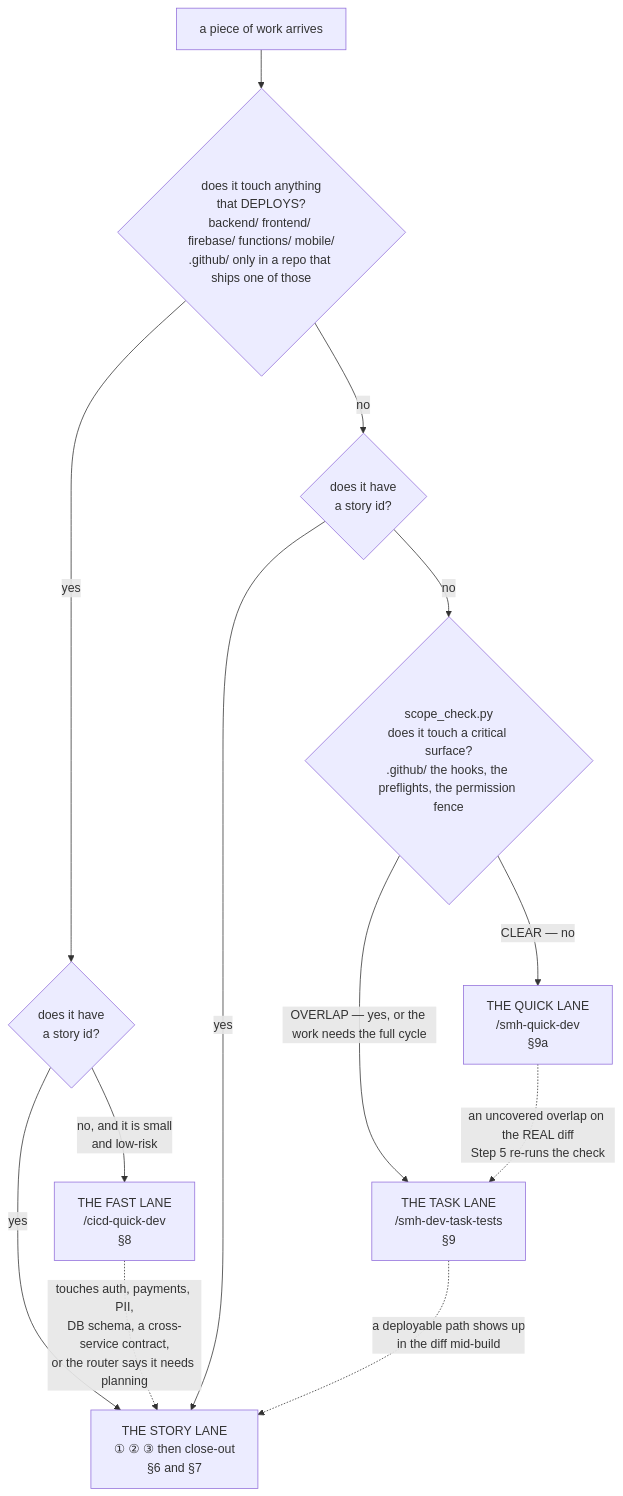
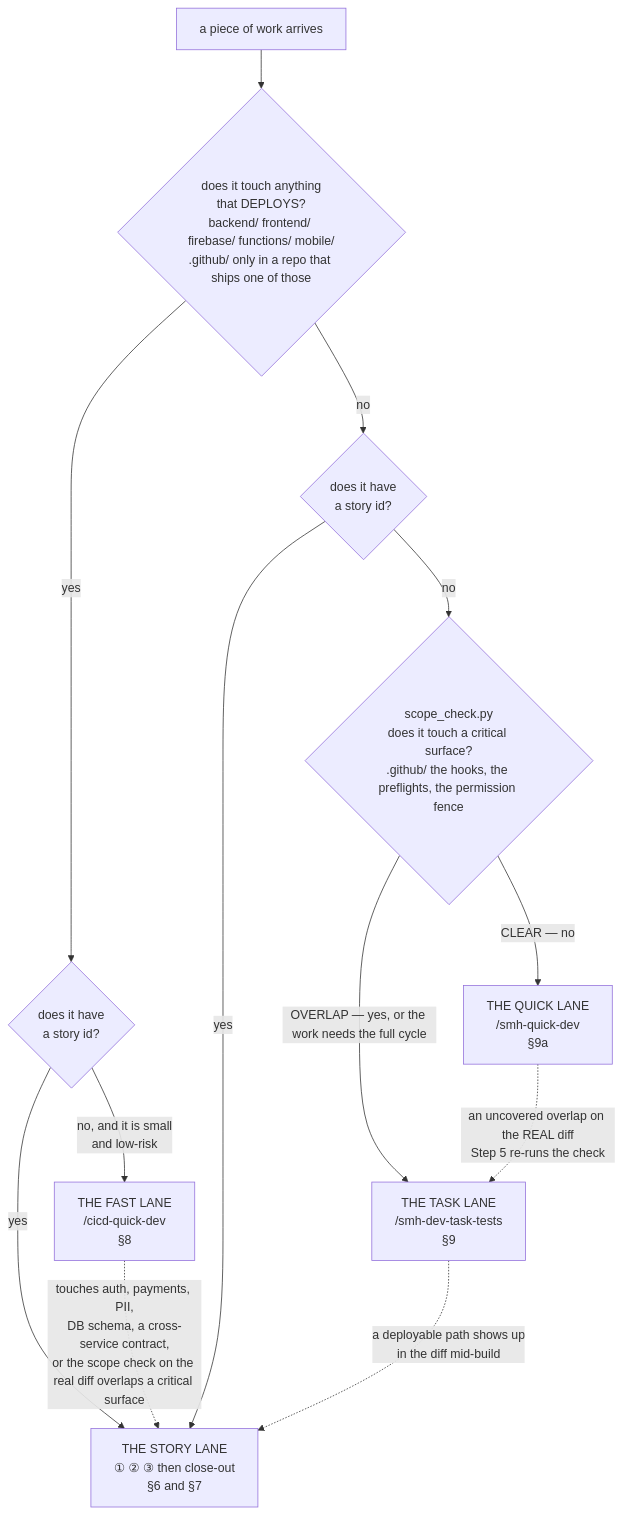
The first of 46 diagrams in docs/_scc_sops_prds/operator_workflows_quickref.md (sudomadhatter/Sudo_Hatter_Command), drawn with Mermaid before and after one commit. The commit also changed 4 other files, not shown here.

````diff
--- a/docs/_scc_sops_prds/operator_workflows_quickref.md
+++ b/docs/_scc_sops_prds/operator_workflows_quickref.md
@@ -55,15 +55,15 @@
 ```mermaid
 flowchart TD
     W["a piece of work arrives"] --> D{"does it touch anything\nthat DEPLOYS?\nbackend/ frontend/ firebase/ functions/ mobile/\n.github/ only in a repo that ships one of those"}
     D -- "yes" --> P{"does it have\na story id?"}
     D -- "no" --> T{"does it have\na story id?"}
     P -- "yes" --> LOOP["THE STORY LANE\n① ② ③ then close-out\n§6 and §7"]
     P -- "no, and it is small\nand low-risk" --> FAST["THE FAST LANE\n/cicd-quick-dev\n§8"]
     T -- "yes" --> LOOP
     T -- "no" --> Q{"scope_check.py\ndoes it touch a critical surface?\n.github/ the hooks, the preflights, the permission fence"}
     Q -- "OVERLAP — yes, or the work needs the full cycle" --> TASK["THE TASK LANE\n/smh-dev-task-tests\n§9"]
     Q -- "CLEAR — no" --> LIGHT["THE QUICK LANE\n/smh-quick-dev\n§9a"]
-    FAST -.->|"touches auth, payments, PII,\nDB schema, a cross-service contract,\nor the router says it needs planning"| LOOP
+    FAST -.->|"touches auth, payments, PII,\nDB schema, a cross-service contract,\nor the scope check on the real diff overlaps a critical surface"| LOOP
     TASK -.->|"a deployable path shows up\nin the diff mid-build"| LOOP
     LIGHT -.->|"an uncovered overlap on the REAL diff\nStep 5 re-runs the check"| TASK
 ```
````
